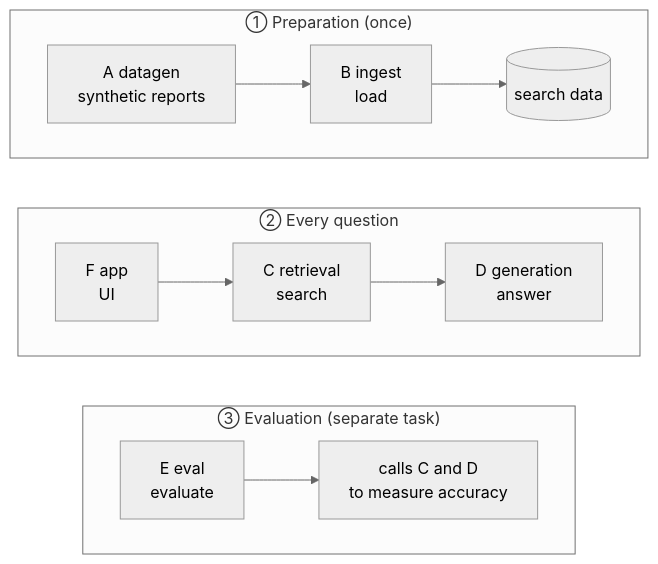
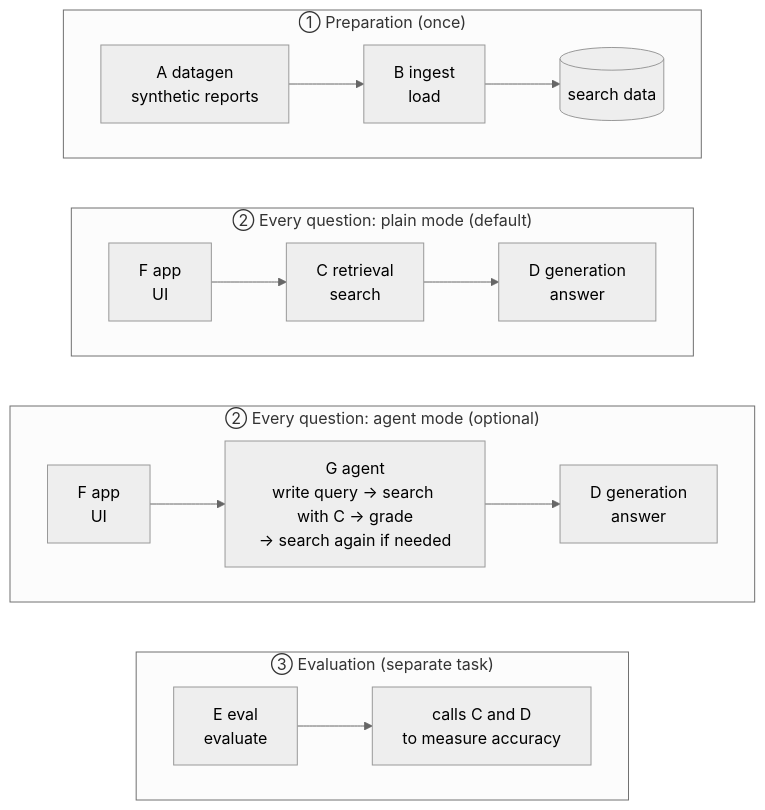
The first of 3 diagrams in README_en.md (satoshi-abe-dev/silo-rag), drawn with Mermaid (neutral theme) before and after one commit. The commit also changed other lines of this file and 1 other file, not shown here.

Commit message:
Draw the plain mode and the agent mode side by side in the architecture picture
The answer mode can be switched in the UI sidebar, but the picture showed only
the plain flow. Show both question flows as parallel rows (plain: F, C, D;
agent: F, G, D with G calling C) and say that the default agent settings
search once, so grading and re-search do not run.

````diff
--- a/README_en.md
+++ b/README_en.md
@@ -125,17 +125,22 @@
 ```mermaid
 graph TB
     subgraph prep["① Preparation (once)"]
         direction LR
         A["A datagen<br/>synthetic reports"] --> B["B ingest<br/>load"] --> DB[("search data")]
     end
-    subgraph ask["② Every question"]
+    subgraph plain["② Every question: plain mode (default)"]
         direction LR
-        F["F app<br/>UI"] --> C["C retrieval<br/>search"] --> D["D generation<br/>answer"]
+        F1["F app<br/>UI"] --> C1["C retrieval<br/>search"] --> D1["D generation<br/>answer"]
+    end
+    subgraph agent["② Every question: agent mode (optional)"]
+        direction LR
+        F2["F app<br/>UI"] --> G["G agent<br/>write query → search with C → grade<br/>→ search again if needed"] --> D2["D generation<br/>answer"]
     end
     subgraph ev["③ Evaluation (separate task)"]
         direction LR
         E["E eval<br/>evaluate"] --> CD["calls C and D<br/>to measure accuracy"]
     end
-    prep ~~~ ask
-    ask ~~~ ev
+    prep ~~~ plain
+    plain ~~~ agent
+    agent ~~~ ev
 ```
````
